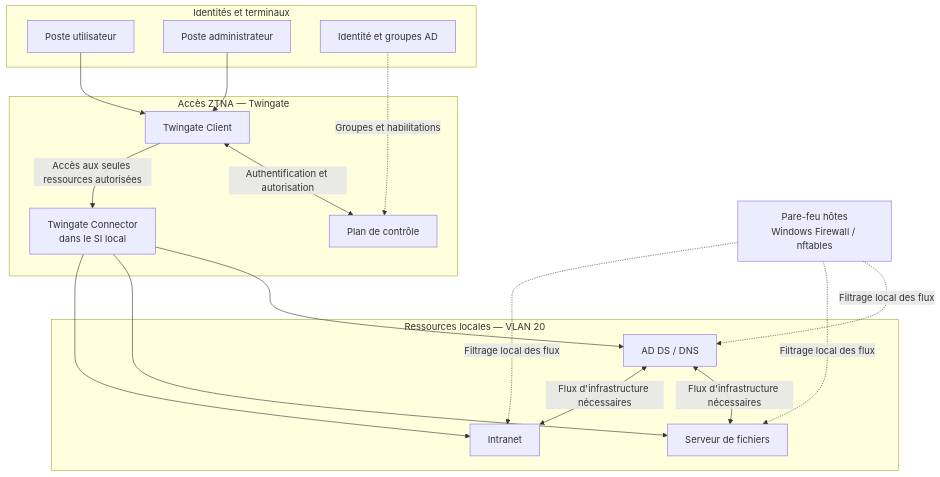
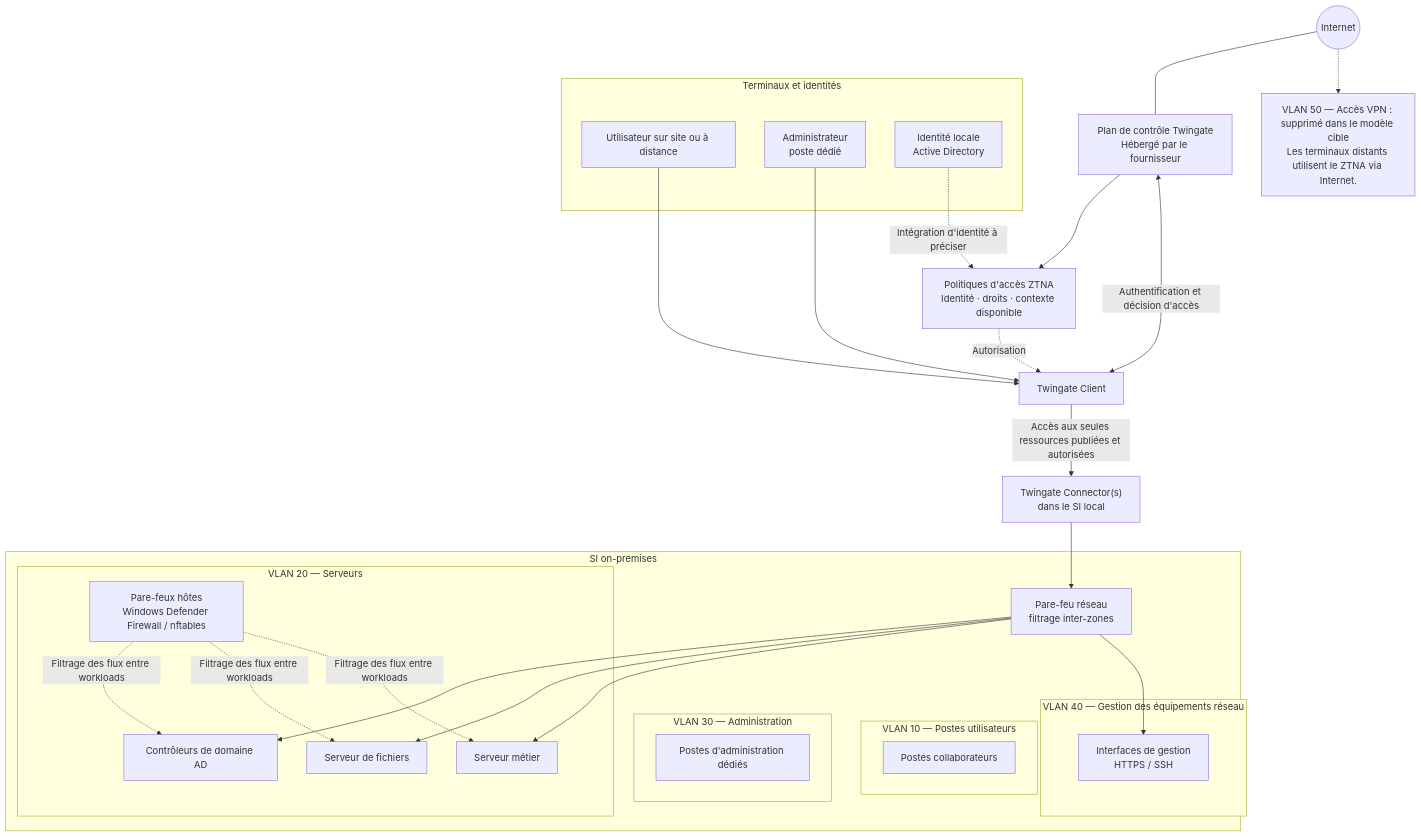
Before and after one commit to Chanc-111/Chanc-111: the diagram in projects/01-zero-trust-architecture/diagrams/02-target-architecture.mmd, drawn with Mermaid.

Commit message:
Redesign target Zero Trust architecture diagram

```diff
--- a/projects/01-zero-trust-architecture/diagrams/02-target-architecture.mmd
+++ b/projects/01-zero-trust-architecture/diagrams/02-target-architecture.mmd
@@ -1,29 +1,58 @@
 flowchart TB
-    subgraph ENDPOINTS["Identités et terminaux"]
-        U["Poste utilisateur"]
-        A["Poste administrateur"]
-        ID["Identité et groupes AD"]
+    INTERNET(("Internet"))
+
+    subgraph ENDPOINTS["Terminaux et identités"]
+        USER["Utilisateur sur site ou à distance"]
+        ADMIN["Administrateur<br/>poste dédié"]
+        ID["Identité locale<br/>Active Directory"]
     end
-    subgraph ZTNA["Accès ZTNA — Twingate"]
-        CLIENT["Twingate Client"]
-        CONTROL["Plan de contrôle"]
-        CONNECTOR["Twingate Connector<br/>dans le SI local"]
+
+    CONTROL["Plan de contrôle Twingate<br/>Hébergé par le fournisseur"]
+    POLICY["Politiques d'accès ZTNA<br/>Identité · droits · contexte disponible"]
+    CLIENT["Twingate Client"]
+    CONNECTOR["Twingate Connector(s)<br/>dans le SI local"]
+
+    subgraph ONSITE["SI on-premises"]
+        FW["Pare-feu réseau<br/>filtrage inter-zones"]
+
+        subgraph V10["VLAN 10 — Postes utilisateurs"]
+            USERS["Postes collaborateurs"]
+        end
+
+        subgraph V20["VLAN 20 — Serveurs"]
+            AD["Contrôleurs de domaine AD"]
+            FILES["Serveur de fichiers"]
+            APP["Serveur métier"]
+            HOSTFW["Pare-feux hôtes<br/>Windows Defender Firewall / nftables"]
+        end
+
+        subgraph V30["VLAN 30 — Administration"]
+            ADM["Postes d'administration dédiés"]
+        end
+
+        subgraph V40["VLAN 40 — Gestion des équipements réseau"]
+            NET["Interfaces de gestion<br/>HTTPS / SSH"]
+        end
     end
-    subgraph LOCAL["Ressources locales — VLAN 20"]
-        AD["AD DS / DNS"]
-        FS["Serveur de fichiers"]
-        WEB["Intranet"]
-    end
-    U --> CLIENT
-    A --> CLIENT
-    CLIENT <-->|"Authentification et autorisation"| CONTROL
-    CLIENT -->|"Accès aux seules ressources autorisées"| CONNECTOR
-    CONNECTOR --> AD
-    CONNECTOR --> FS
-    CONNECTOR --> WEB
-    ID -.->|"Groupes et habilitations"| CONTROL
-    AD <-->|"Flux d'infrastructure nécessaires"| FS
-    AD <-->|"Flux d'infrastructure nécessaires"| WEB
-    FW["Pare-feu hôtes<br/>Windows Firewall / nftables"] -.->|"Filtrage local des flux"| AD
-    FW -.->|"Filtrage local des flux"| FS
-    FW -.->|"Filtrage local des flux"| WEB
+
+    USER --> CLIENT
+    ADMIN --> CLIENT
+    CLIENT <-->|"Authentification et décision d'accès"| CONTROL
+    CONTROL --> POLICY
+    ID -.->|"Intégration d'identité à préciser"| POLICY
+    POLICY -.->|"Autorisation"| CLIENT
+    CLIENT -->|"Accès aux seules ressources publiées et autorisées"| CONNECTOR
+    CONNECTOR --> FW
+    FW --> AD
+    FW --> FILES
+    FW --> APP
+    FW --> NET
+
+    HOSTFW -.->|"Filtrage des flux entre workloads"| AD
+    HOSTFW -.->|"Filtrage des flux entre workloads"| FILES
+    HOSTFW -.->|"Filtrage des flux entre workloads"| APP
+
+    INTERNET --- CONTROL
+
+    REMOVED["VLAN 50 — Accès VPN : supprimé dans le modèle cible<br/>Les terminaux distants utilisent le ZTNA via Internet."]
+    INTERNET -.-> REMOVED
```
